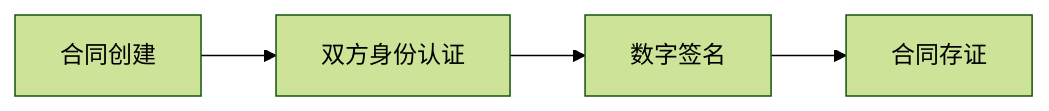
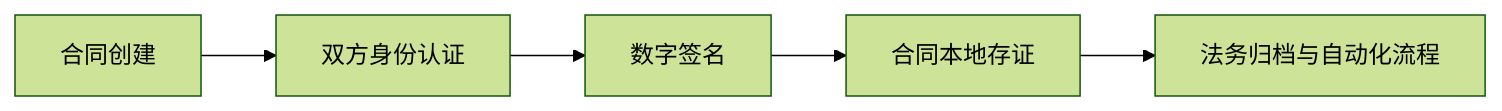
Before and after one commit to KLJyouth/deepseek-companion: the diagram in README.md, drawn with Mermaid (forest theme). The commit also changed other lines of this file and 6 other files, not shown here.

````diff
--- a/README.md
+++ b/README.md
@@ -51,6 +76,7 @@
 ```mermaid
 graph LR
     A[合同创建] --> B[双方身份认证]
     B --> C[数字签名]
-    C --> D[合同存证]
+    C --> D[合同本地存证]
+    D --> E[法务归档与自动化流程]
 ```
````
